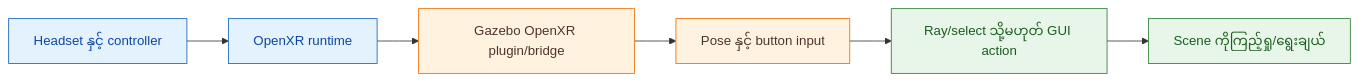
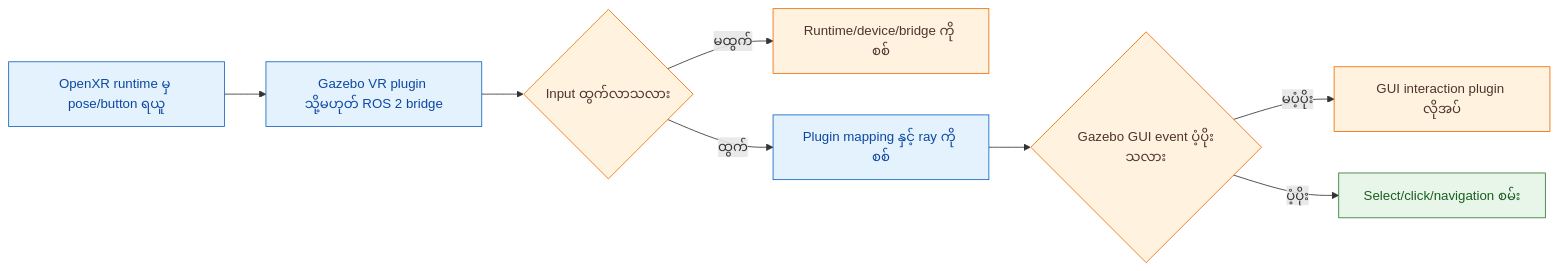
One commit to ROM-robotics/ct_meta_vr changed the diagram in 02_interact.md. Above: the diagram before and after it, drawn with Mermaid. The commit also changed other lines of this file and 1 other file, not shown here.

````diff
--- a/02_interact.md
+++ b/02_interact.md
@@ -12,14 +80,16 @@
 ```mermaid
 flowchart LR
-    A["Headset နှင့် controller"] --> B["OpenXR runtime"]
-    B --> C["Gazebo OpenXR plugin/bridge"]
-    C --> D["Pose နှင့် button input"]
-    D --> E["Ray/select သို့မဟုတ် GUI action"]
-    E --> F["Scene ကိုကြည့်ရှု/ရွေးချယ်"]
+    A["OpenXR runtime မှ pose/button ရယူ"] --> B["Gazebo VR plugin သို့မဟုတ် ROS 2 bridge"]
+    B --> C{"Input ထွက်လာသလား"}
+    C -->|မထွက်| D["Runtime/device/bridge ကို စစ်"]
+    C -->|ထွက်| E["Plugin mapping နှင့် ray ကို စစ်"]
+    E --> F{"Gazebo GUI event ပံ့ပိုးသလား"}
+    F -->|မပံ့ပိုး| G["GUI interaction plugin လိုအပ်"]
+    F -->|ပံ့ပိုး| H["Select/click/navigation စမ်း"]
     classDef device fill:#e3f2fd,stroke:#1565c0,color:#0d47a1
     classDef bridge fill:#fff3e0,stroke:#ef6c00,color:#4e342e
     classDef action fill:#e8f5e9,stroke:#2e7d32,color:#1b5e20
-    class A,B device
-    class C,D bridge
-    class E,F action
+    class A,B,E device
+    class C,D,F,G bridge
+    class H action
 ```
````
